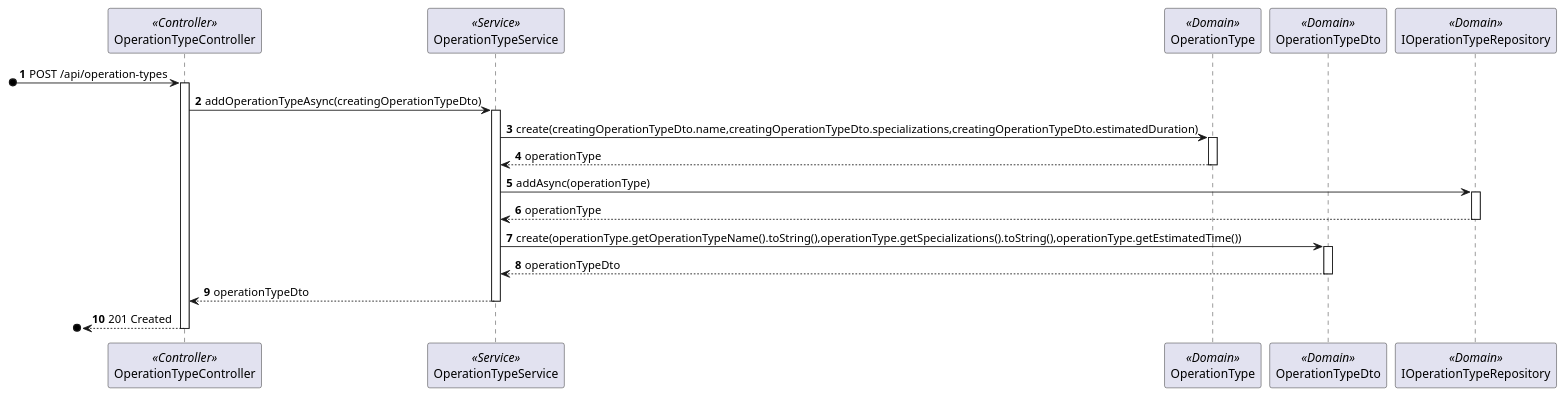
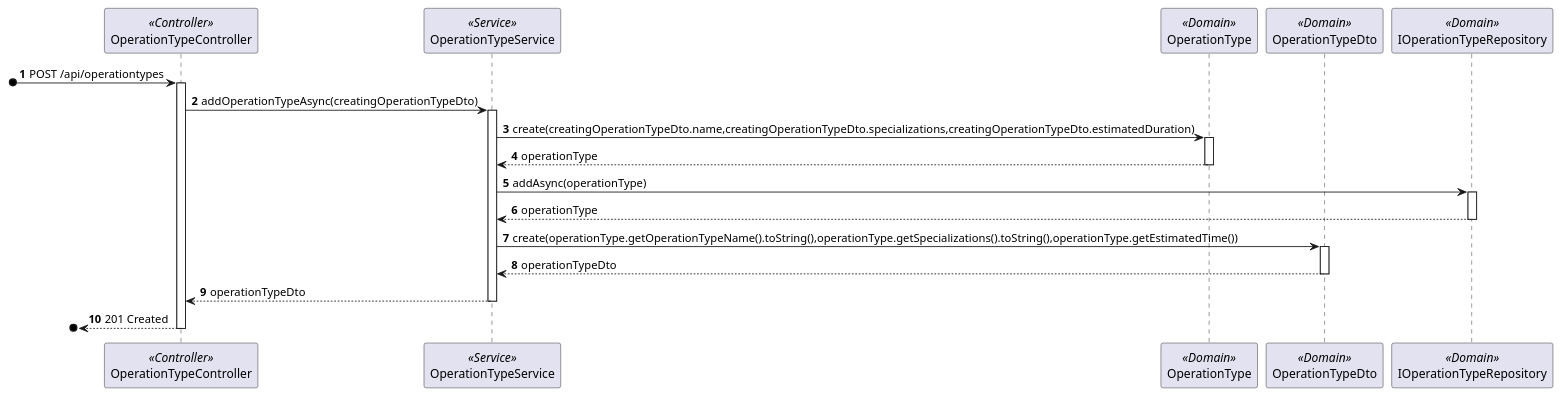
The diagram in docs/sprint-a/us-5.1.20/views/level3/process-view-2.puml (1220846/sem5pi-24-25-3ddg20), drawn with PlantUML before and after one commit. The commit also changed 4 other files, not shown here.

```diff
--- a/docs/sprint-a/us-5.1.20/views/level3/process-view-2.puml
+++ b/docs/sprint-a/us-5.1.20/views/level3/process-view-2.puml
@@ -1,51 +1,51 @@
 @startuml process-view-2
 autonumber
 
 participant "OperationTypeController" as Controller <<Controller>>
 participant "OperationTypeService" as Service <<Service>>
 participant "OperationType" as OperationType <<Domain>>
 participant "OperationTypeDto" as OperationTypeDto <<Domain>>
 participant "IOperationTypeRepository" as Repository <<Domain>>
 
-?o-> Controller : POST /api/operation-types
+?o-> Controller : POST /api/operationtypes
 
 activate Controller
 
     Controller -> Service : addOperationTypeAsync(creatingOperationTypeDto)
 
     activate Service
 
         Service -> OperationType : create(creatingOperationTypeDto.name,creatingOperationTypeDto.specializations,creatingOperationTypeDto.estimatedDuration)
 
         activate OperationType
 
             OperationType --> Service : operationType
 
         deactivate OperationType
 
         Service  -> Repository : addAsync(operationType)
 
         activate Repository
 
             Repository --> Service : operationType
 
         deactivate Repository
 
         Service -> OperationTypeDto : create(operationType.getOperationTypeName().toString(),operationType.getSpecializations().toString(),operationType.getEstimatedTime())
 
         activate OperationTypeDto
 
             OperationTypeDto --> Service : operationTypeDto
 
         deactivate OperationTypeDto
 
         Service --> Controller : operationTypeDto
 
     deactivate Service
 
     ?o<-- Controller : 201 Created
 
 deactivate Controller
 
 
 @enduml
```
